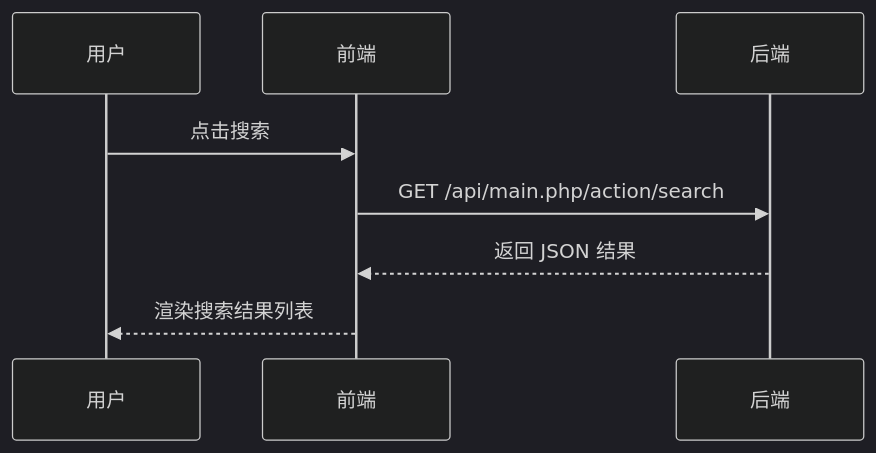
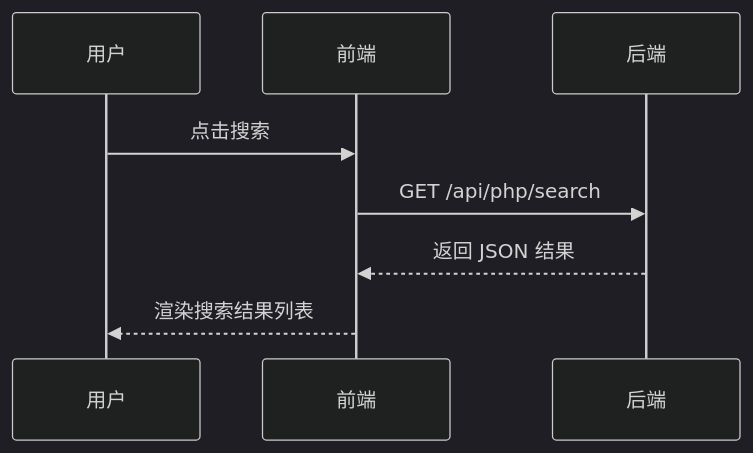
The second of 5 diagrams in docs/渲染示例[render][4].md (BuTingBa/FastMD), drawn with Mermaid (dark theme) before and after one commit. The commit also changed 15 other files, not shown here.

Commit message:
v1.6.0 路由简化为 /sidebar /search，api 按语言分目录，新增 api/file 静态 JSON 方案

````diff
--- a/docs/渲染示例[render][4].md
+++ b/docs/渲染示例[render][4].md
@@ -167,10 +167,10 @@
 ```mermaid
 sequenceDiagram
     participant U as 用户
     participant F as 前端
     participant B as 后端
     U->>F: 点击搜索
-    F->>B: GET /api/main.php/action/search
+    F->>B: GET /api/php/search
     B-->>F: 返回 JSON 结果
     F-->>U: 渲染搜索结果列表
 ```
````
